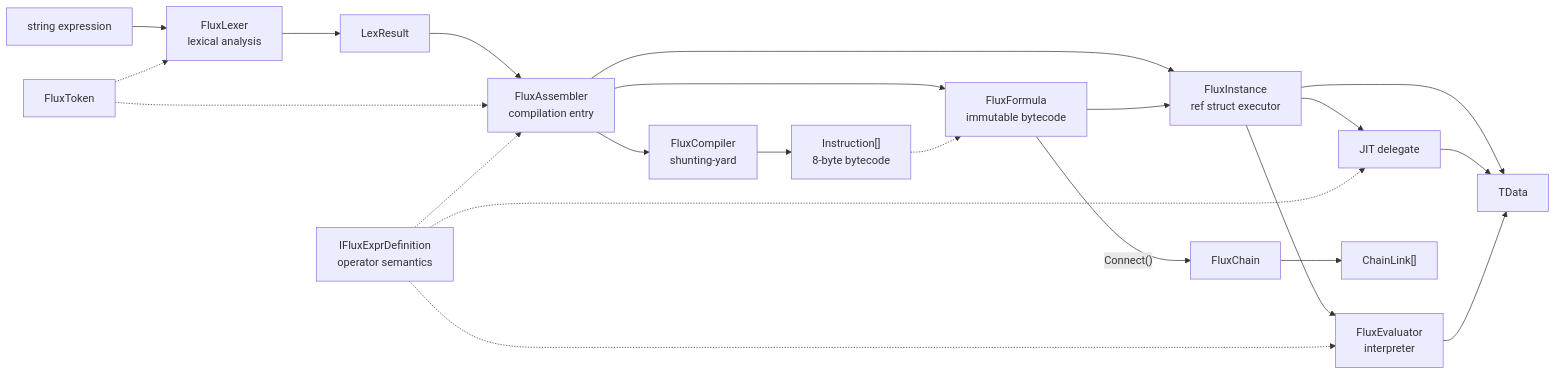
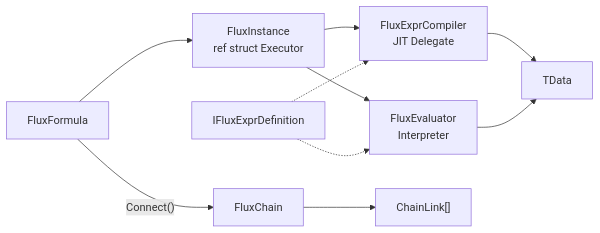
One commit to twds0x13/FluxFormula changed the third of 7 diagrams in docs/en/api/overview.md. Above: the diagram before and after it, drawn with Mermaid. The commit also changed other lines of this file and 10 other files, not shown here.

First line of the commit message:
docs: add blob API reference (BlobFormat, BlobEntry, IFluxBlobRegistry, FluxBlob)

````diff
--- a/docs/en/api/overview.md
+++ b/docs/en/api/overview.md
@@ -5,28 +26,12 @@
 ```mermaid
 graph LR
-    Source["string expression"] --> Lexer["FluxLexer<br/>lexical analysis"]
-    Token["FluxToken"] -.-> Lexer
-    Lexer --> LR["LexResult"]
-    LR --> Assembler["FluxAssembler<br/>compilation entry"]
-    Token -.-> Assembler
-    Assembler --> Formula["FluxFormula<br/>immutable bytecode"]
-    Assembler --> Instance["FluxInstance<br/>ref struct executor"]
-    Formula --> Instance
-    Instance --> Result["TData"]
-
-    Assembler --> Compiler["FluxCompiler<br/>shunting-yard"]
-    Compiler --> Instr["Instruction[]<br/>8-byte bytecode"]
-    Instr -.-> Formula
-
-    Instance --> JIT["JIT delegate"]
-    Instance --> Interp["FluxEvaluator<br/>interpreter"]
-    JIT --> Result
+    Formula["FluxFormula"] --> Instance["FluxInstance<br/>ref struct Executor"]
+    Instance --> JIT["FluxExprCompiler<br/>JIT Delegate"]
+    Instance --> Interp["FluxEvaluator<br/>Interpreter"]
+    JIT --> Result["TData"]
     Interp --> Result
-
-    Def["IFluxExprDefinition<br/>operator semantics"] -.-> Assembler
+    Def["IFluxExprDefinition"] -.-> JIT
     Def -.-> Interp
-    Def -.-> JIT
-
-    Formula -->|"Connect()"| ChainNode["FluxChain"]
-    ChainNode --> Chain["ChainLink[]"]
+    Formula -->|"Connect()"| Chain["FluxChain"]
+    Chain --> ChainLink["ChainLink[]"]
 ```
````
